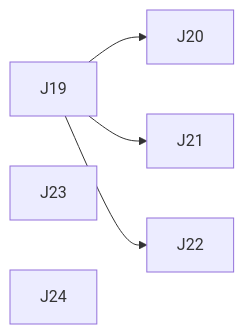
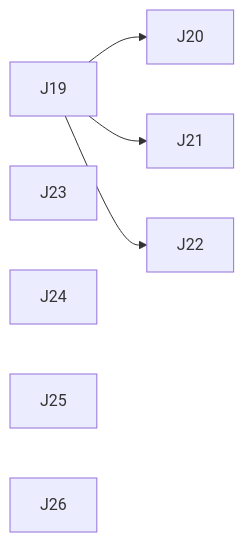
One commit to vespaiach/glance changed the diagram in docs/execution-plan.md. Above: the diagram before and after it, drawn with Mermaid. The commit also changed other lines of this file and 30 other files, not shown here.

````diff
--- a/docs/execution-plan.md
+++ b/docs/execution-plan.md
@@ -52,8 +54,10 @@
 ```mermaid
 graph LR
   J19 --> J20
   J19 --> J21
   J19 --> J22
   J23
   J24
+  J25
+  J26
 ```
````
